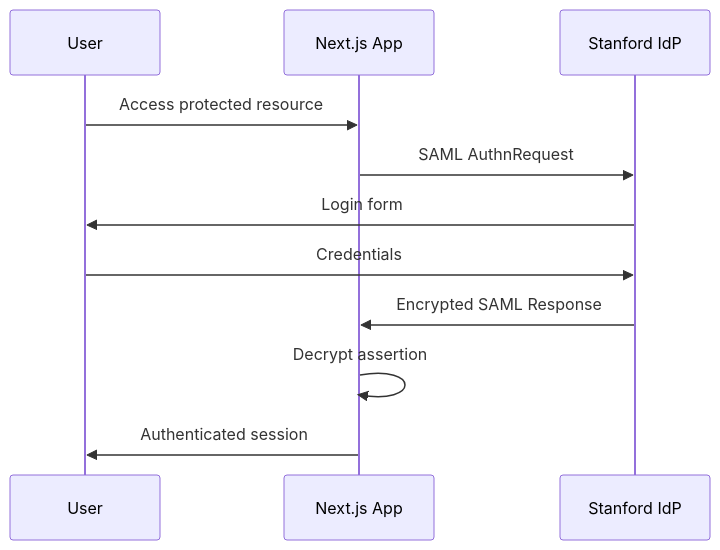
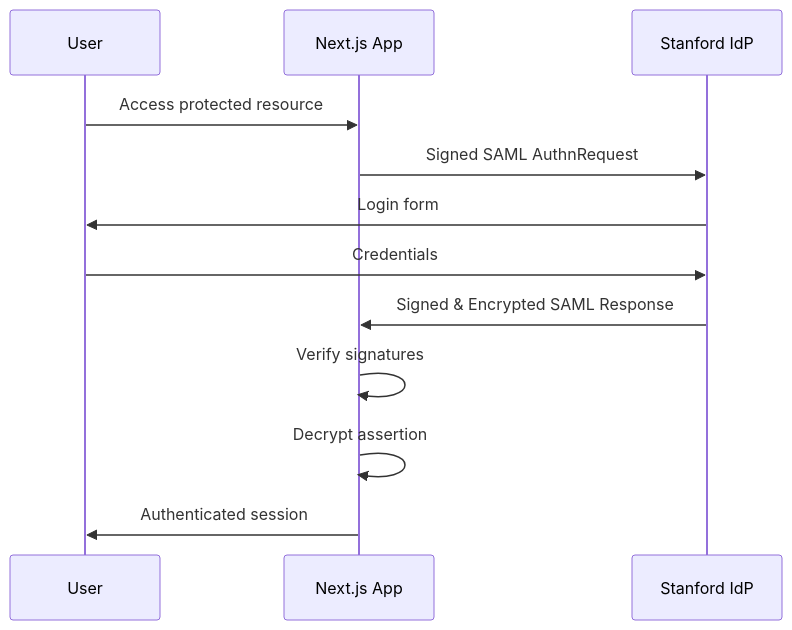
One commit to SU-SWS/churro changed the diagram in docs/SAML.md. Above: the diagram before and after it, drawn with Mermaid. The commit also changed other lines of this file, not shown here.

Commit message:
Update documentation in docs/SAML.md

````diff
--- a/docs/SAML.md
+++ b/docs/SAML.md
@@ -16,14 +18,15 @@
 ```mermaid
 sequenceDiagram
     participant User
     participant App as Next.js App
     participant Stanford as Stanford IdP
 
     User->>App: Access protected resource
-    App->>Stanford: SAML AuthnRequest
+    App->>Stanford: Signed SAML AuthnRequest
     Stanford->>User: Login form
     User->>Stanford: Credentials
-    Stanford->>App: Encrypted SAML Response
+    Stanford->>App: Signed & Encrypted SAML Response
+    App->>App: Verify signatures
     App->>App: Decrypt assertion
     App->>User: Authenticated session
 ```
````
